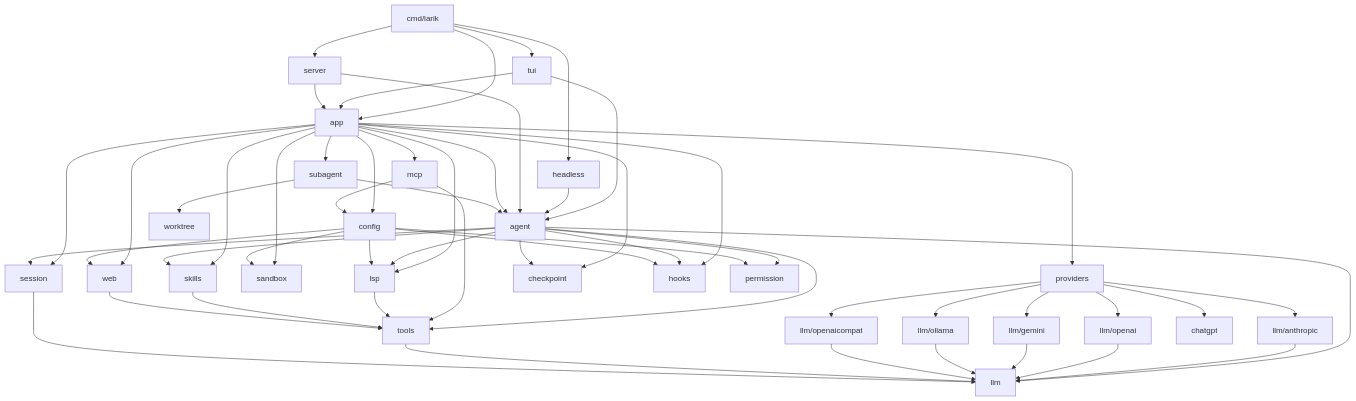
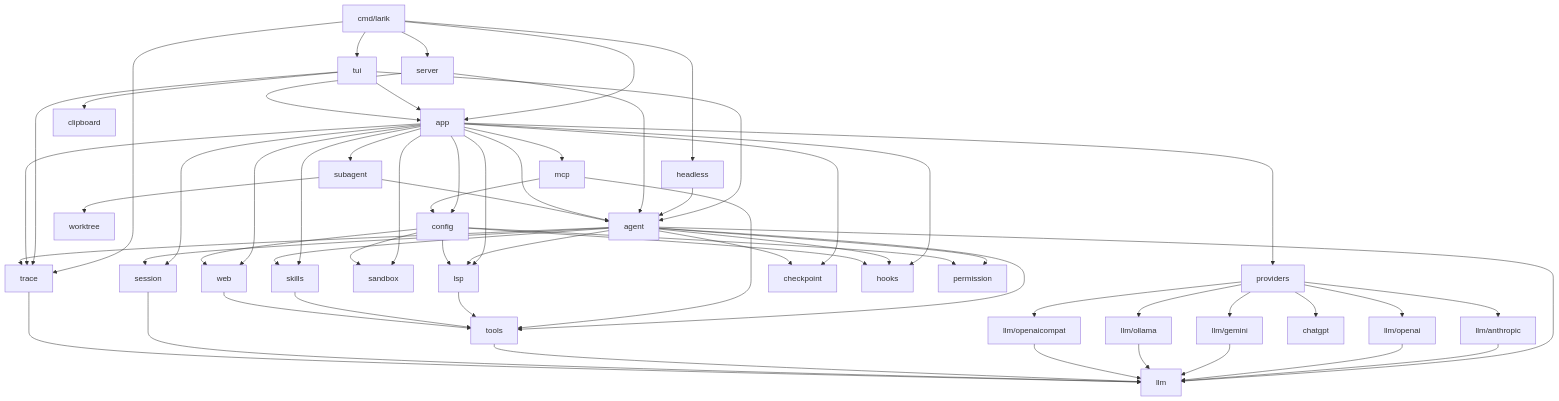
Before and after one commit to vwibowo/larik: the first of 4 diagrams in docs/architecture.md, drawn with Mermaid. The commit also changed other lines of this file and 6 other files, not shown here.

````diff
--- a/docs/architecture.md
+++ b/docs/architecture.md
@@ -9,23 +9,24 @@
 ```mermaid
 flowchart TD
-    main["cmd/larik"] --> tui & headless & server & app
-    tui["tui"] --> app & agent
+    main["cmd/larik"] --> tui & headless & server & app & trace
+    tui["tui"] --> app & agent & trace & clipboard
     headless["headless"] --> agent
     server["server"] --> app & agent
-    app["app"] --> agent & config & providers & subagent & mcp & lsp & skills & sandbox & web & session & checkpoint & hooks
+    app["app"] --> agent & config & providers & subagent & mcp & lsp & skills & sandbox & web & session & checkpoint & hooks & trace
     subagent["subagent"] --> agent & worktree
-    agent["agent"] --> llm & tools & permission & hooks & session & checkpoint & skills & lsp
+    agent["agent"] --> llm & tools & permission & hooks & session & checkpoint & skills & lsp & trace
     providers["providers"] --> anthropic & openai & gemini & ollama & openaicompat & chatgpt
     anthropic["llm/anthropic"] --> llm
     openai["llm/openai"] --> llm
     gemini["llm/gemini"] --> llm
     ollama["llm/ollama"] --> llm
     openaicompat["llm/openaicompat"] --> llm
     mcp["mcp"] --> tools & config
     lsp["lsp"] --> tools
     skills["skills"] --> tools
     web["web"] --> tools
     tools["tools"] --> llm
     session["session"] --> llm
+    trace["trace"] --> llm
     config["config"] --> permission & hooks & sandbox & lsp & web
 ```
````
